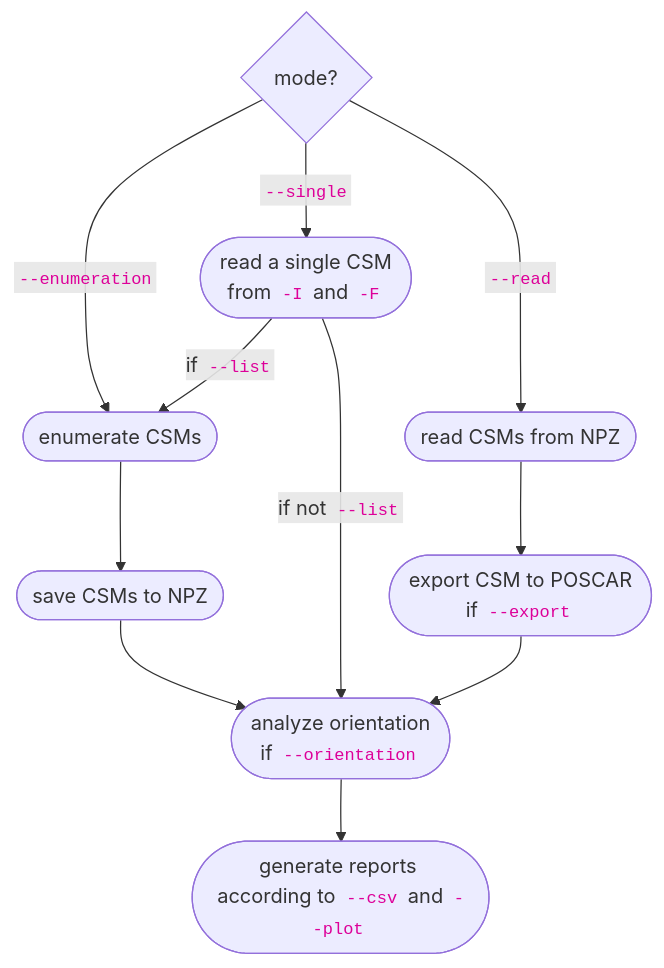
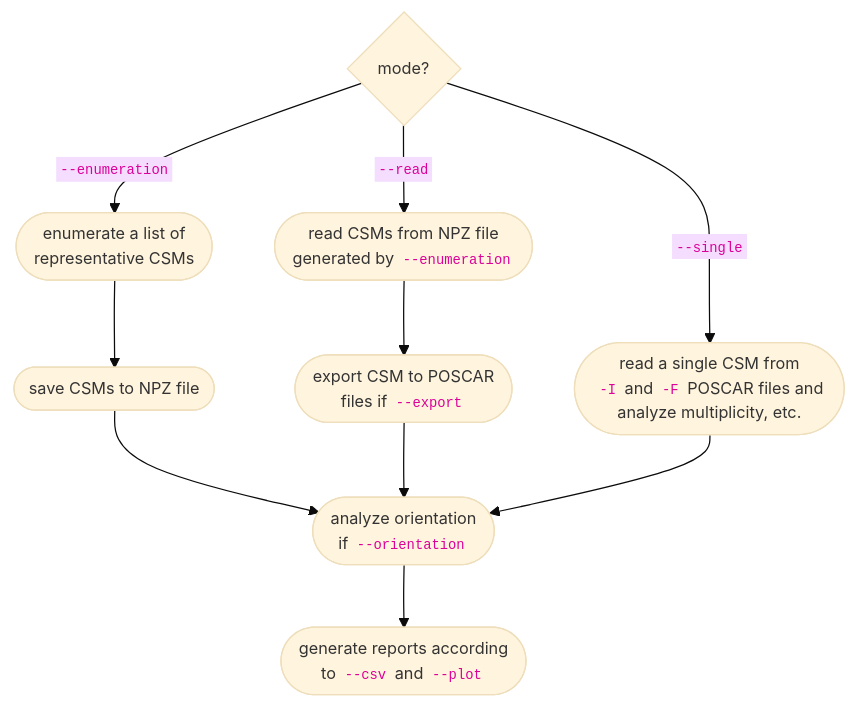
The diagram in docs/cli.md (Fangcheng-Wang/crystmatch), drawn with Mermaid before and after one commit. The commit also changed other lines of this file and 7 other files, not shown here.

````diff
--- a/docs/cli.md
+++ b/docs/cli.md
@@ -27,13 +26,21 @@
 ``` mermaid
+%%{
+  init: {
+    'theme': 'base',
+    'themeVariables': {
+      'fontSize': '13px',
+      'fontFamily': 'Inter'
+    }
+  }
+}%%
 flowchart TD
-  B{mode?} --> |"<code style='color: #dd0099 !important; background-color: var(--md-code-bg-color); border-radius: .1rem; font-size: .85em; padding: 0 .2941176471em; word-break: break-word;'>--enumeration</code>"| C([enumerate CSMs]);
-  B --> |"<code style='color: #dd0099 !important; background-color: var(--md-code-bg-color); border-radius: .1rem; font-size: .85em; padding: 0 .2941176471em; word-break: break-word;'>--single</code>"| E(["read a single CSM<br>from <code style='color: #dd0099 !important; background-color: var(--md-code-bg-color); border-radius: .1rem; font-size: .85em; padding: 0 .2941176471em; word-break: break-word;'>-I</code> and <code style='color: #dd0099 !important; background-color: var(--md-code-bg-color); border-radius: .1rem; font-size: .85em; padding: 0 .2941176471em; word-break: break-word;'>-F</code>"]);
-  B --> |"<code style='color: #dd0099 !important; background-color: var(--md-code-bg-color); border-radius: .1rem; font-size: .85em; padding: 0 .2941176471em; word-break: break-word;'>--read</code>"| D([read CSMs from NPZ]);
-  C --> F([save CSMs to NPZ]);
-  E --> |"if <code style='color: #dd0099 !important; background-color: var(--md-code-bg-color); border-radius: .1rem; font-size: .85em; padding: 0 .2941176471em; word-break: break-word;'>--list</code>"| C;
-  E --> |"if not <code style='color: #dd0099 !important; background-color: var(--md-code-bg-color); border-radius: .1rem; font-size: .85em; padding: 0 .2941176471em; word-break: break-word;'>--list</code>"| H(["analyze orientation<br>if <code style='color: #dd0099 !important; background-color: var(--md-code-bg-color); border-radius: .1rem; font-size: .85em; padding: 0 .2941176471em; word-break: break-word;'>--orientation</code>"]);
-  D --> I(["export CSM to POSCAR<br>if <code style='color: #dd0099 !important; background-color: var(--md-code-bg-color); border-radius: .1rem; font-size: .85em; padding: 0 .2941176471em; word-break: break-word;'>--export</code>"]);
-  I --> H;
-  F --> H;
-  H --> J(["generate reports according to <code style='color: #dd0099 !important; background-color: var(--md-code-bg-color); border-radius: .1rem; font-size: .85em; padding: 0 .2941176471em; word-break: break-word;'>--csv</code> and <code style='color: #dd0099 !important; background-color: var(--md-code-bg-color); border-radius: .1rem; font-size: .85em; padding: 0 .2941176471em; word-break: break-word;'>--plot</code>"]);
+  A{mode?} --> |"<code style='color: #dd0099 !important; background-color: var(--md-code-bg-color); border-radius: .1rem; font-size: .85em; padding: 0 .2941176471em; word-break: break-word;'>--enumeration</code>"| B([enumerate a list of<br>representative CSMs]);
+  B --> E([save CSMs to NPZ file]);
+  E --> F;
+  A --> |"<code style='color: #dd0099 !important; background-color: var(--md-code-bg-color); border-radius: .1rem; font-size: .85em; padding: 0 .2941176471em; word-break: break-word;'>--read</code>"| C(["read CSMs from NPZ file<br>generated by <code style='color: #dd0099 !important; background-color: var(--md-code-bg-color); border-radius: .1rem; font-size: .85em; padding: 0 .2941176471em; word-break: break-word;'>--enumeration</code>"]);
+  C --> G(["export CSM to POSCAR<br>files if <code style='color: #dd0099 !important; background-color: var(--md-code-bg-color); border-radius: .1rem; font-size: .85em; padding: 0 .2941176471em; word-break: break-word;'>--export</code>"]);
+  G --> F;
+  A --> |"<code style='color: #dd0099 !important; background-color: var(--md-code-bg-color); border-radius: .1rem; font-size: .85em; padding: 0 .2941176471em; word-break: break-word;'>--single</code>"| D(["read a single CSM from<br><code style='color: #dd0099 !important; background-color: var(--md-code-bg-color); border-radius: .1rem; font-size: .85em; padding: 0 .2941176471em; word-break: break-word;'>-I</code> and <code style='color: #dd0099 !important; background-color: var(--md-code-bg-color); border-radius: .1rem; font-size: .85em; padding: 0 .2941176471em; word-break: break-word;'>-F</code> POSCAR files and<br>analyze multiplicity, etc."]);
+  D --> F(["analyze orientation<br>if <code style='color: #dd0099 !important; background-color: var(--md-code-bg-color); border-radius: .1rem; font-size: .85em; padding: 0 .2941176471em; word-break: break-word;'>--orientation</code>"]);
+  F --> I(["generate reports according<br>to <code style='color: #dd0099 !important; background-color: var(--md-code-bg-color); border-radius: .1rem; font-size: .85em; padding: 0 .2941176471em; word-break: break-word;'>--csv</code> and <code style='color: #dd0099 !important; background-color: var(--md-code-bg-color); border-radius: .1rem; font-size: .85em; padding: 0 .2941176471em; word-break: break-word;'>--plot</code>"]);
 ```
````
